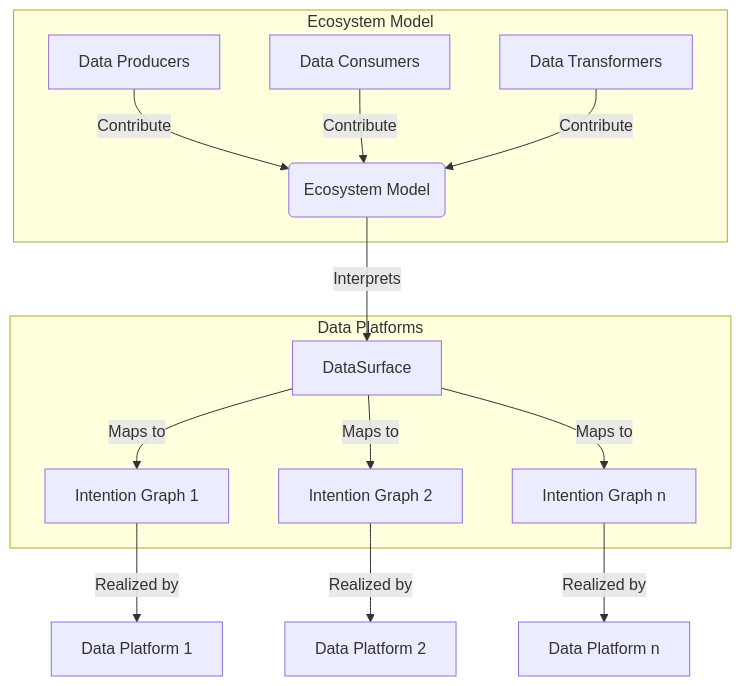
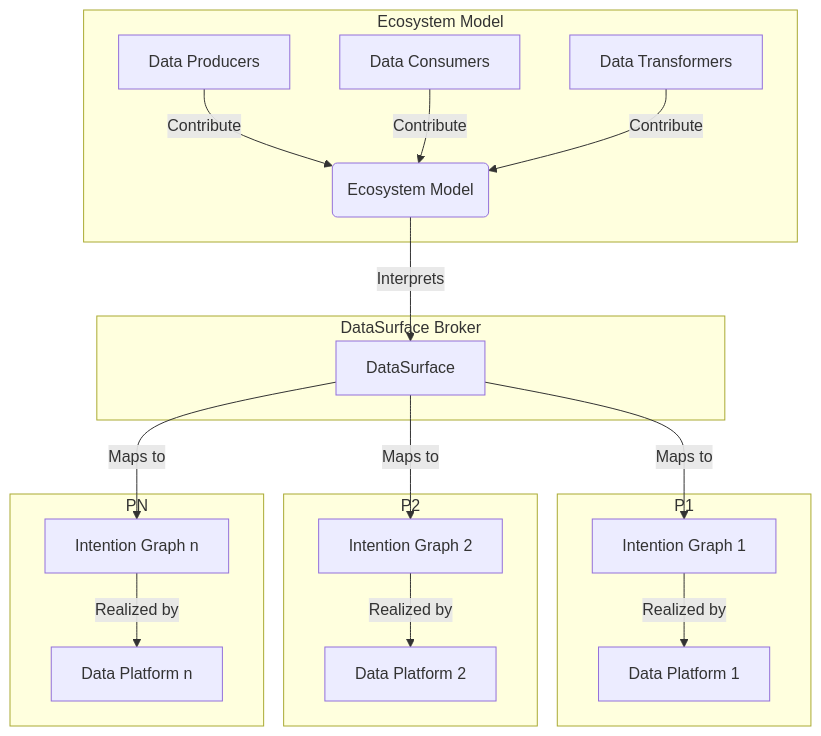
One commit to billynewport/datasurface changed the diagram in README.md. Above: the diagram before and after it, drawn with Mermaid. The commit also changed 1 other file, not shown here.

````diff
--- a/README.md
+++ b/README.md
@@ -17,20 +17,28 @@
 ```mermaid
 graph TD
     subgraph Ecosystem Model
         DP[Data Producers] -->|Contribute| EM(Ecosystem Model)
         DC[Data Consumers] -->|Contribute| EM
         DT[Data Transformers] -->|Contribute| EM
     end
 
-    EM -->|Interprets| DS[DataSurface]
-
-    subgraph Data Platforms
-        DS -->|Maps to| IG1[Intention Graph 1]
-        DS -->|Maps to| IG2[Intention Graph 2]
-        DS -->|Maps to| IGn[Intention Graph n]
+    subgraph DataSurface Broker
+        EM -->|Interprets| DS[DataSurface]
     end
 
-    IG1 -->|Realized by| DP1[Data Platform 1]
-    IG2 -->|Realized by| DP2[Data Platform 2]
-    IGn -->|Realized by| DPn[Data Platform n]
+    subgraph P1
+        IG1 -->|Realized by| DP1[Data Platform 1]
+        DS -->|Maps to| IG1[Intention Graph 1]
+    end
+
+    subgraph P2
+        DS -->|Maps to| IG2[Intention Graph 2]
+        IG2 -->|Realized by| DP2[Data Platform 2]
+    end
+
+    subgraph PN
+        DS -->|Maps to| IGn[Intention Graph n]
+        IGn -->|Realized by| DPn[Data Platform n]
+    end
+
 ```
````
